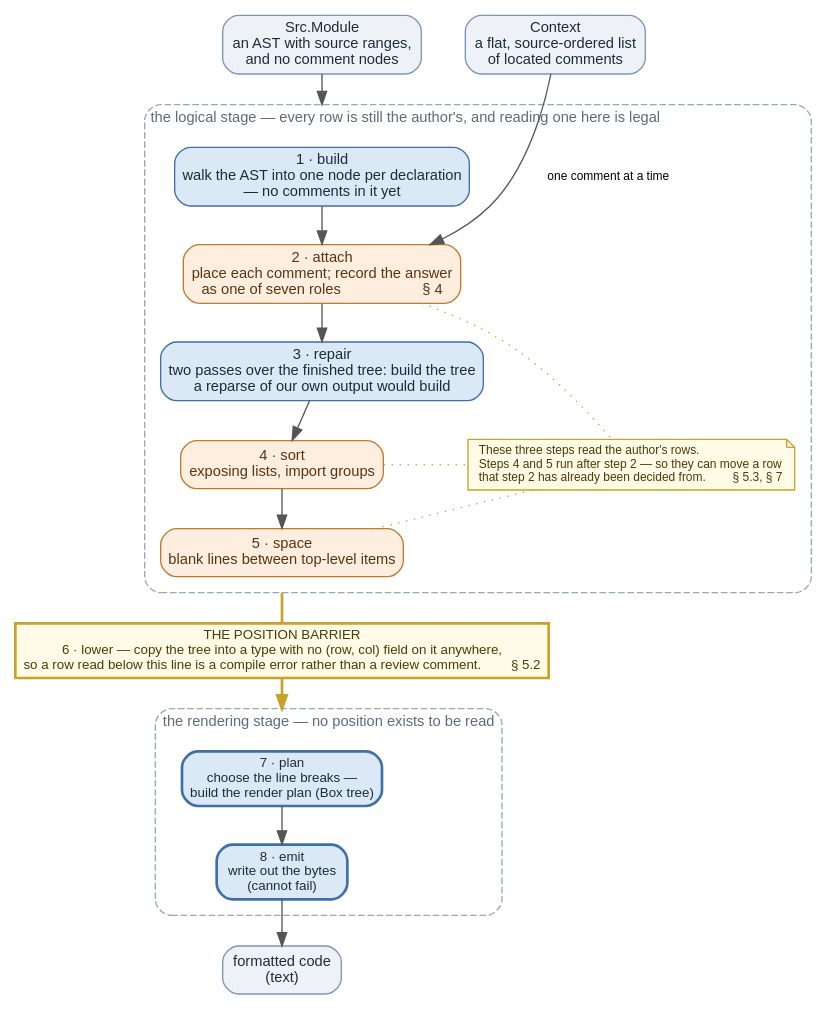
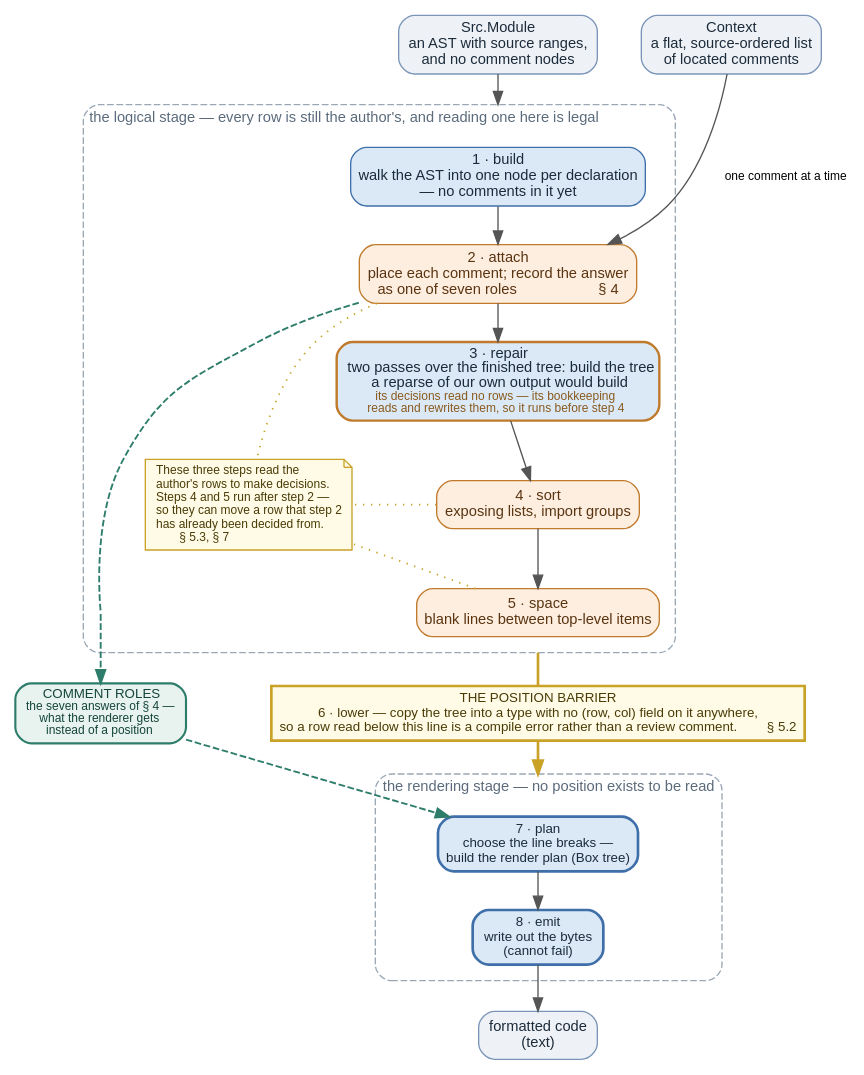
One commit to gilramir/gren-format-lib changed the diagram in docs/diagrams/position-barrier.dot. Above: the diagram before and after it, drawn with Graphviz. The commit also changed 2 other files, not shown here.

```diff
--- a/docs/diagrams/position-barrier.dot
+++ b/docs/diagrams/position-barrier.dot
@@ -1,82 +1,105 @@
 // The eight pipeline steps and where the position barrier falls.
 // Used by docs/puttingCommentsBack.md §3.5.
 digraph PositionBarrier {
     rankdir=TB;
     bgcolor="white";
     fontname="Helvetica,Arial,sans-serif";
     fontsize=12;
     ranksep=0.38;
     nodesep=0.45;
     compound=true;
 
     node [fontname="Helvetica,Arial,sans-serif", fontsize=11];
     edge [fontname="Helvetica,Arial,sans-serif", fontsize=9, color="#555555"];
 
     // ── What the compiler's parser hands over ────────────────────
     node [shape=box, style="rounded,filled", fillcolor="#eef2f7", color="#7a95b8", fontcolor="#1c2b3a"];
     ast [group="flow", label="Src.Module\nan AST with source ranges,\nand no comment nodes"];
     ctx [label="Context\na flat, source-ordered list\nof located comments"];
     out [group="flow", label="formatted code\n(text)"];
 
     // ── The logical stage ────────────────────────────────────────
     subgraph cluster_logical {
         label="the logical stage — every row is still the author's, and reading one here is legal";
         labeljust="l";
         fontsize=11;
         fontcolor="#5b6b7c";
         style="dashed,rounded";
         color="#9aa8b6";
         margin=12;
 
-        // steps that do NOT read the author's rows
+        // steps whose DECISIONS do not read the author's rows
         node [shape=box, style="rounded,filled", fillcolor="#dbe9f7", color="#3f6fa8", fontcolor="#1c2b3a"];
         s1 [group="flow", label="1 · build\nwalk the AST into one node per declaration\n— no comments in it yet"];
-        s3 [group="flow", label="3 · repair\ntwo passes over the finished tree: build the tree\na reparse of our own output would build"];
+        s3 [group="flow", color="#c07a2c", penwidth=1.8,
+            label=<3 · repair<BR/>two passes over the finished tree: build the tree<BR/>a reparse of our own output would build<BR/><FONT POINT-SIZE="9" COLOR="#8a5a1e">its decisions read no rows — its bookkeeping<BR/>reads and rewrites them, so it runs before step 4</FONT>>];
 
         // steps that DO read the author's rows
         node [shape=box, style="rounded,filled", fillcolor="#fdeee0", color="#c07a2c", fontcolor="#5a3410"];
         s2 [group="flow", label="2 · attach\nplace each comment; record the answer\nas one of seven roles                    § 4"];
         s4 [group="flow", label="4 · sort\nexposing lists, import groups"];
         s5 [group="flow", label="5 · space\nblank lines between top-level items"];
 
         node [shape=note, style=filled, fillcolor="#fffbe6", color="#c9a227", fontcolor="#4a3b06", fontsize=9];
-        rowNote [label="These three steps read the author's rows.\lSteps 4 and 5 run after step 2 — so they can move a row\lthat step 2 has already been decided from.        § 5.3, § 7\l"];
+        rowNote [label="These three steps read the\lauthor's rows to make decisions.\lSteps 4 and 5 run after step 2 —\lso they can move a row that step 2\lhas already been decided from.\l        § 5.3, § 7\l"];
 
         s1 -> s2 -> s3 -> s4 -> s5;
         { rank=same; s4; rowNote }
+
+        // One invisible waypoint low on the left: enough to pull the roles edge
+        // down the west side rather than around the east, without turning it
+        // into a polyline.
+        wl [shape=point, width=0.02, height=0.02, style=invis, label=""];
+        { rank=same; wl; s5 }
+        wl -> s5 [style=invis];
     }
 
     // ── The barrier itself ───────────────────────────────────────
     node [shape=box, style="filled", fillcolor="#fffbe6", color="#c9a227", fontcolor="#4a3b06", fontsize=10, penwidth=2];
+    roles [shape=box, style="rounded,filled", fillcolor="#e8f3f0", color="#2e7d6b",
+           fontcolor="#14453a", fontsize=10, penwidth=1.6,
+           label=<COMMENT ROLES<BR/><FONT POINT-SIZE="9">the seven answers of § 4 —<BR/>what the renderer gets<BR/>instead of a position</FONT>>];
     barrier [group="flow", label="THE POSITION BARRIER\n6 · lower — copy the tree into a type with no (row, col) field on it anywhere,\nso a row read below this line is a compile error rather than a review comment.        § 5.2"];
+
+    { rank=same; roles; barrier }
+    roles -> barrier [style=invis];
 
     // ── The rendering stage ──────────────────────────────────────
     subgraph cluster_render {
         label="the rendering stage — no position exists to be read";
         labeljust="l";
         fontsize=11;
         fontcolor="#5b6b7c";
         style="dashed,rounded";
         color="#9aa8b6";
         margin=12;
 
         node [shape=box, style="rounded,filled", fillcolor="#dbe9f7", color="#3f6fa8", fontcolor="#1c2b3a"];
         s7 [group="flow", label="7 · plan\nchoose the line breaks —\nbuild the render plan (Box tree)"];
         s8 [group="flow", label="8 · emit\nwrite out the bytes\n(cannot fail)"];
 
         s7 -> s8;
     }
 
     // ── Flow ─────────────────────────────────────────────────────
     ast -> s1 [lhead=cluster_logical];
     ctx -> s2 [label="  one comment at a time"];
     s5  -> barrier [ltail=cluster_logical, style=bold, color="#c9a227", arrowhead=none];
     barrier -> s7  [lhead=cluster_render, style=bold, color="#c9a227"];
     s8 -> out;
 
+    // The one answer that crosses the barrier: positions are dropped, roles are not.
+    // `wl` is what keeps this on the WEST side: as an ordinary forward edge into a
+    // waypoint below step 2, dot splines it down the left. With constraint=false it
+    // would be routed as a back-edge, around the east, however the ports are named.
+    edge [style=dashed, penwidth=1.4, color="#2e7d6b", fontcolor="#2e7d6b", fontsize=9, arrowhead=none];
+    s2 -> wl [arrowhead=none];
+    wl -> roles:n [arrowhead=normal];
+    roles -> s7 [arrowhead=normal, constraint=false];
+
     s2 -> rowNote [style=dotted, arrowhead=none, color="#c9a227", constraint=false];
     s4 -> rowNote [style=dotted, arrowhead=none, color="#c9a227", constraint=false];
     s5 -> rowNote [style=dotted, arrowhead=none, color="#c9a227", constraint=false];
 
     { rank=same; ast; ctx }
 }
```
